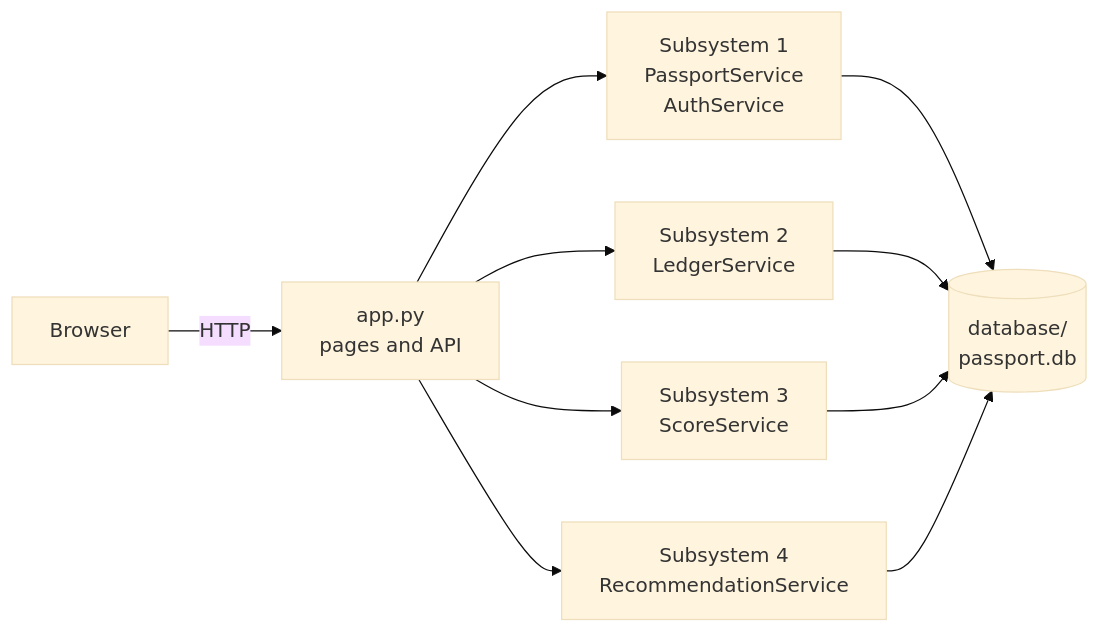
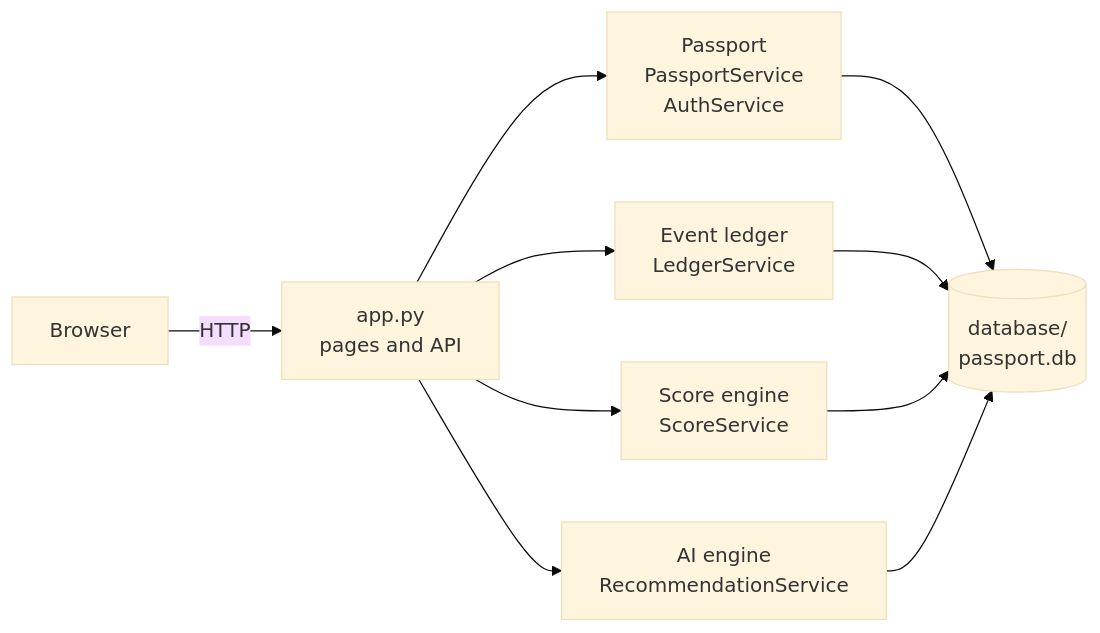
The first of 6 diagrams in README.md (pradnya-shinde001/group15-circular-product-passport), drawn with Mermaid (base theme) before and after one commit. The commit also changed other lines of this file, not shown here.

````diff
--- a/README.md
+++ b/README.md
@@ -74,12 +29,12 @@
 ```mermaid
 flowchart LR
     Browser -->|HTTP| App["app.py<br/>pages and API"]
-    App --> S1["Subsystem 1<br/>PassportService<br/>AuthService"]
-    App --> S2["Subsystem 2<br/>LedgerService"]
-    App --> S3["Subsystem 3<br/>ScoreService"]
-    App --> S4["Subsystem 4<br/>RecommendationService"]
+    App --> S1["Passport<br/>PassportService<br/>AuthService"]
+    App --> S2["Event ledger<br/>LedgerService"]
+    App --> S3["Score engine<br/>ScoreService"]
+    App --> S4["AI engine<br/>RecommendationService"]
     S1 --> DB[("database/<br/>passport.db")]
     S2 --> DB
     S3 --> DB
     S4 --> DB
 ```
````
